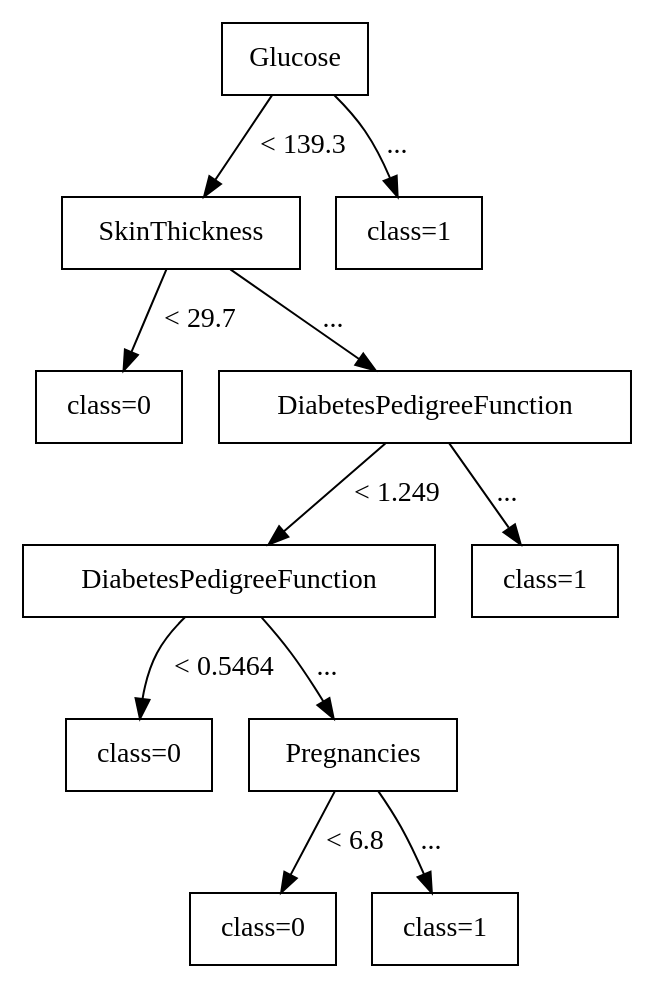
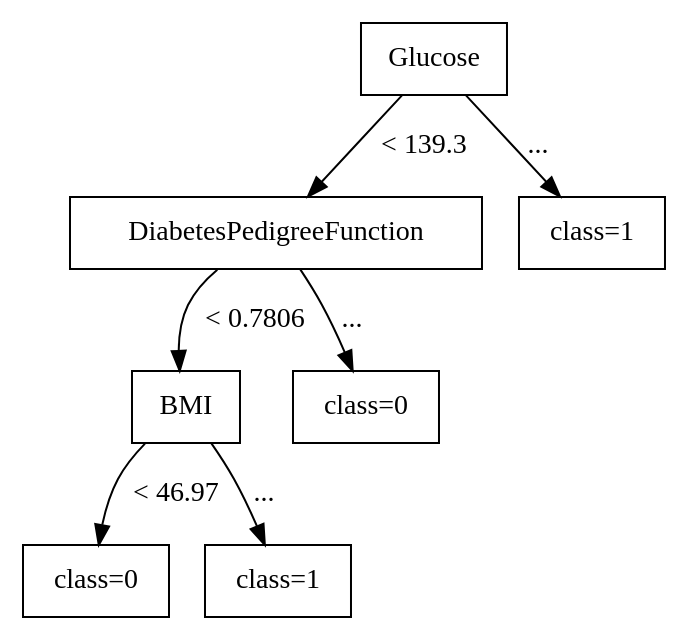
The diagram in NSSESAT_backend/new_tree.dot (TakuyaMitarai/NSSESAT_Visualizer), drawn with Graphviz before and after one commit. The commit also changed 9 other files, not shown here.

```diff
--- a/NSSESAT_backend/new_tree.dot
+++ b/NSSESAT_backend/new_tree.dot
@@ -1,37 +1,25 @@
 digraph G {
 node [shape=box];
 node [style=filled, fillcolor=white];
 
 0 [label="Glucose"];
 
-1 [label="SkinThickness"];
-10 [label="class=1"];
+1 [label="DiabetesPedigreeFunction"];
+6 [label="class=1"];
 
 0 -> 1 [label="< 139.3"];
-0 -> 10 [label="..."];
+0 -> 6 [label="..."];
 
-2 [label="class=0"];
-3 [label="DiabetesPedigreeFunction"];
+2 [label="BMI"];
+5 [label="class=0"];
 
-1 -> 2 [label="< 29.7"];
-1 -> 3 [label="..."];
+1 -> 2 [label="< 0.7806"];
+1 -> 5 [label="..."];
 
-4 [label="DiabetesPedigreeFunction"];
-9 [label="class=1"];
+3 [label="class=0"];
+4 [label="class=1"];
 
-3 -> 4 [label="< 1.249"];
-3 -> 9 [label="..."];
-
-5 [label="class=0"];
-6 [label="Pregnancies"];
-
-4 -> 5 [label="< 0.5464"];
-4 -> 6 [label="..."];
-
-7 [label="class=0"];
-8 [label="class=1"];
-
-6 -> 7 [label="< 6.8"];
-6 -> 8 [label="..."];
+2 -> 3 [label="< 46.97"];
+2 -> 4 [label="..."];
 
 }
```
